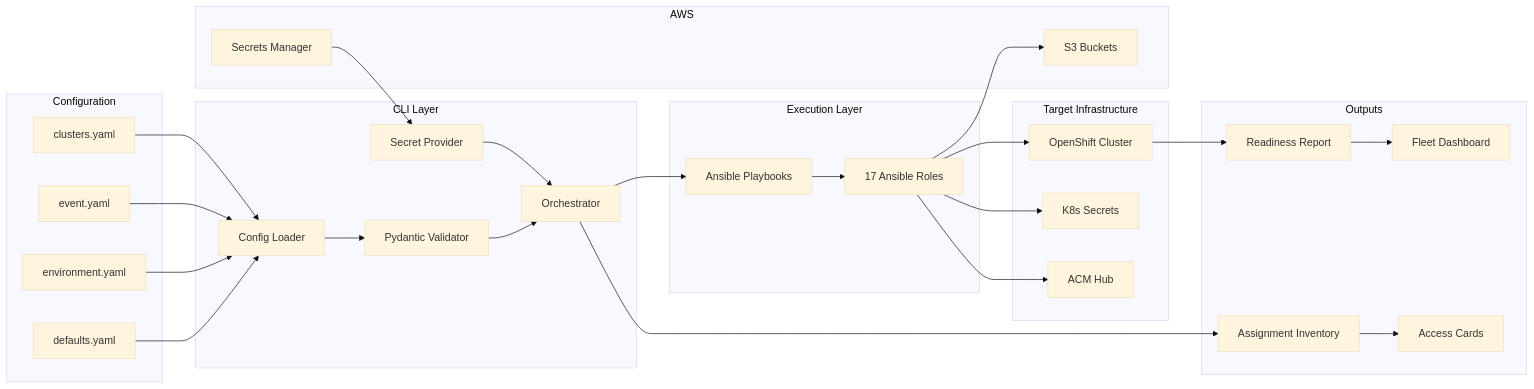
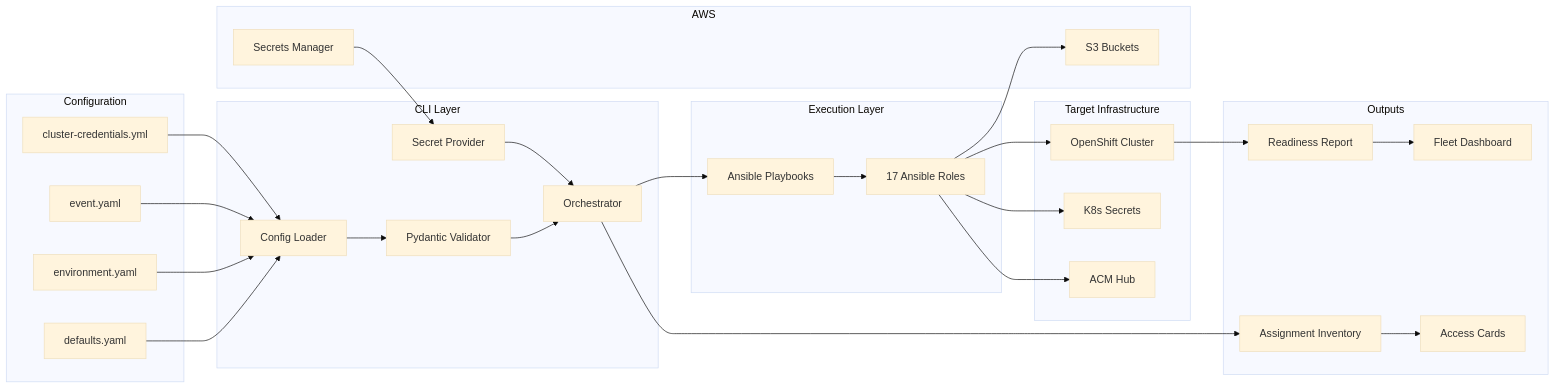
Before and after one commit to rh-fran6/mas-word: the eighth of 9 diagrams in docs/technical-design.md, drawn with Mermaid (base theme). The commit also changed other lines of this file and 460 other files, not shown here.

````diff
--- a/docs/technical-design.md
+++ b/docs/technical-design.md
@@ -732,58 +732,58 @@
 ```mermaid
 graph LR
     subgraph "Configuration"
         DEFAULTS["defaults.yaml"]
         ENVCONF["environment.yaml"]
         EVENT["event.yaml"]
-        CLUSTERS["clusters.yaml"]
+        CLUSTERS["cluster-credentials.yml"]
     end
 
     subgraph "CLI Layer"
         LOADER["Config Loader"]
         VALIDATOR2["Pydantic Validator"]
         SECRETPROV["Secret Provider"]
         ORCHESTRATOR["Orchestrator"]
     end
 
     subgraph "Execution Layer"
         ANSIBLE2["Ansible Playbooks"]
         ROLES2["17 Ansible Roles"]
     end
 
     subgraph "Target Infrastructure"
         OCP["OpenShift Cluster"]
         K8SSEC["K8s Secrets"]
         ACMHUB["ACM Hub"]
     end
 
     subgraph "AWS"
         S3B["S3 Buckets"]
         AWSSM["Secrets Manager"]
     end
 
     subgraph "Outputs"
         READRPT["Readiness Report"]
         FLEETDASH["Fleet Dashboard"]
         ASSIGNINV["Assignment Inventory"]
         ACCESSCARDS["Access Cards"]
     end
 
     DEFAULTS --> LOADER
     ENVCONF --> LOADER
     EVENT --> LOADER
     CLUSTERS --> LOADER
     LOADER --> VALIDATOR2
     VALIDATOR2 --> ORCHESTRATOR
     SECRETPROV --> ORCHESTRATOR
     AWSSM --> SECRETPROV
     ORCHESTRATOR --> ANSIBLE2
     ANSIBLE2 --> ROLES2
     ROLES2 --> OCP
     ROLES2 --> K8SSEC
     ROLES2 --> ACMHUB
     ROLES2 --> S3B
     OCP --> READRPT
     READRPT --> FLEETDASH
     ASSIGNINV --> ACCESSCARDS
     ORCHESTRATOR --> ASSIGNINV
 ```
````
